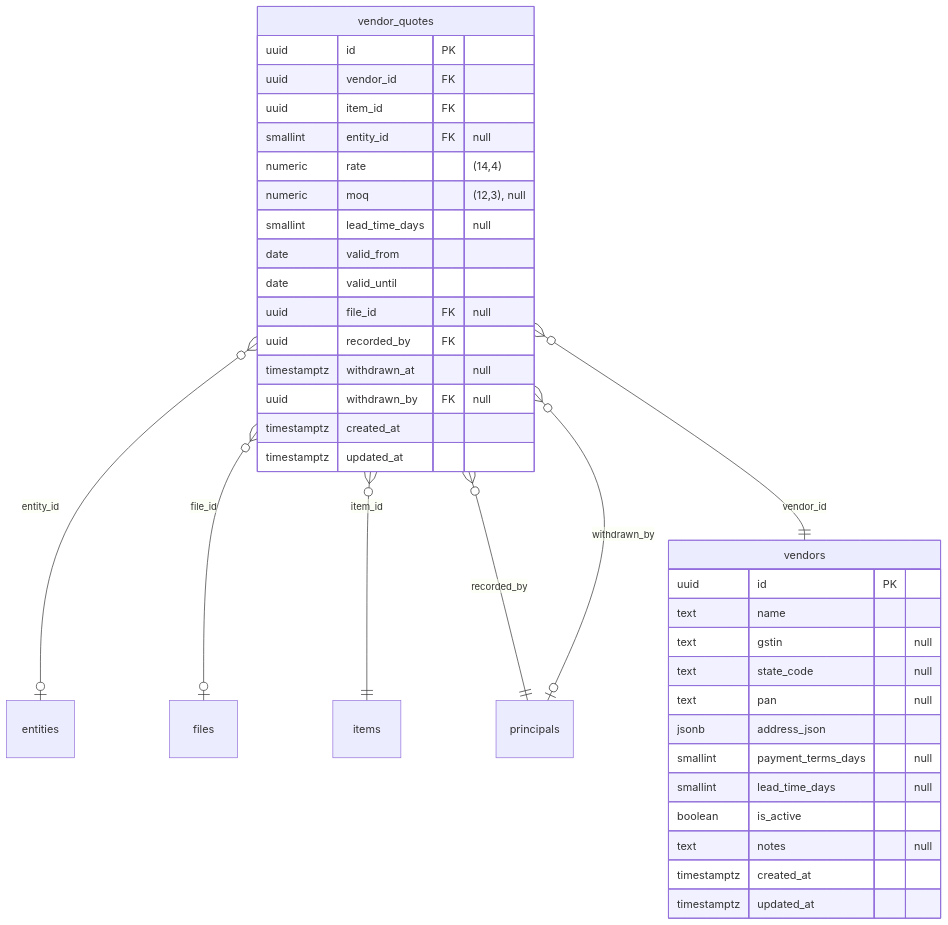
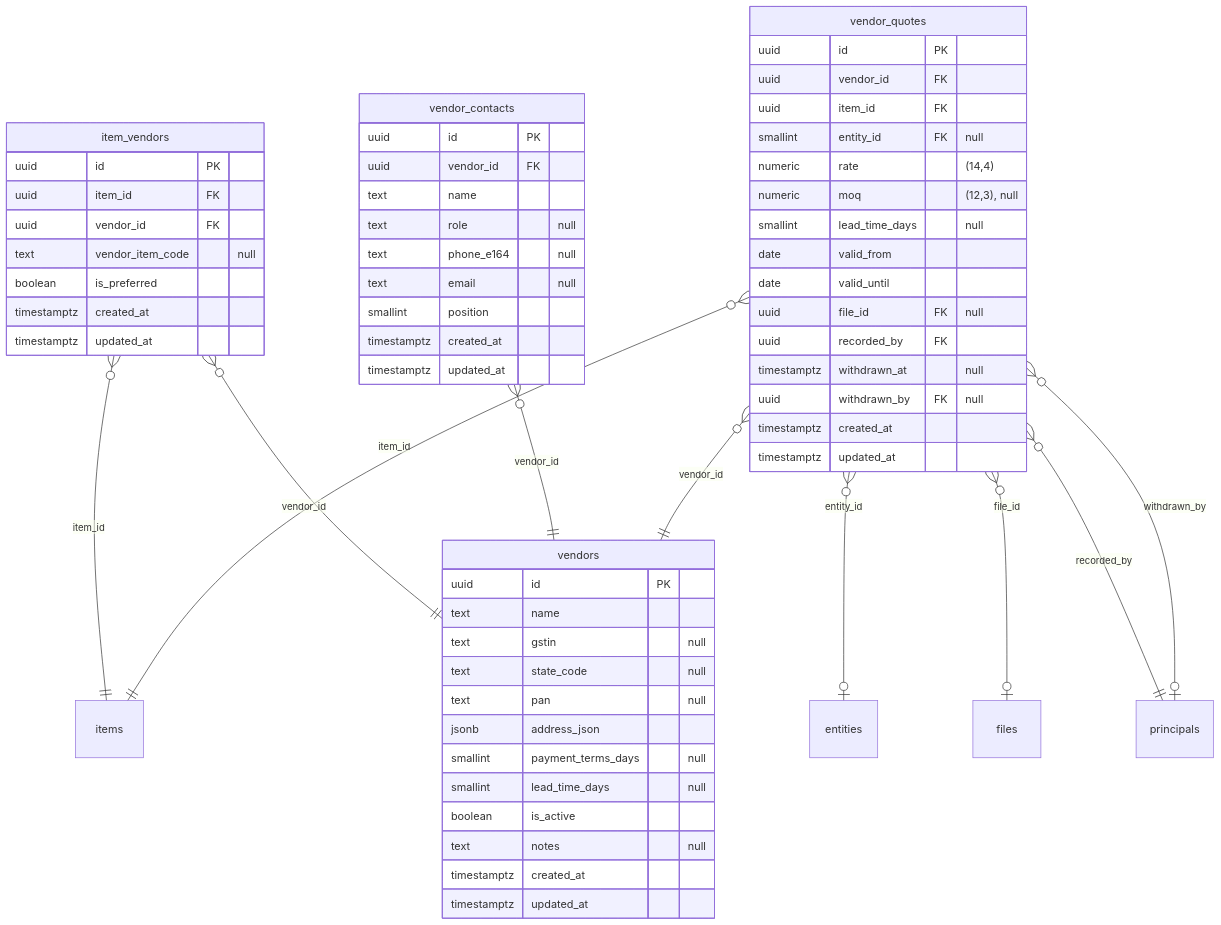
Before and after one commit to techaust/shakti_prime: the ninth of 16 diagrams in docs/data/erd.md, drawn with Mermaid. The commit also changed 5 other files, not shown here.

````diff
--- a/docs/data/erd.md
+++ b/docs/data/erd.md
@@ -1591,40 +1562,63 @@
 ```mermaid
 erDiagram
+  item_vendors {
+    uuid id PK
+    uuid item_id FK
+    uuid vendor_id FK
+    text vendor_item_code "null"
+    boolean is_preferred
+    timestamptz created_at
+    timestamptz updated_at
+  }
+  vendor_contacts {
+    uuid id PK
+    uuid vendor_id FK
+    text name
+    text role "null"
+    text phone_e164 "null"
+    text email "null"
+    smallint position
+    timestamptz created_at
+    timestamptz updated_at
+  }
   vendor_quotes {
     uuid id PK
     uuid vendor_id FK
     uuid item_id FK
     smallint entity_id FK "null"
     numeric rate "(14,4)"
     numeric moq "(12,3), null"
     smallint lead_time_days "null"
     date valid_from
     date valid_until
     uuid file_id FK "null"
     uuid recorded_by FK
     timestamptz withdrawn_at "null"
     uuid withdrawn_by FK "null"
     timestamptz created_at
     timestamptz updated_at
   }
   vendors {
     uuid id PK
     text name
     text gstin "null"
     text state_code "null"
     text pan "null"
     jsonb address_json
     smallint payment_terms_days "null"
     smallint lead_time_days "null"
     boolean is_active
     text notes "null"
     timestamptz created_at
     timestamptz updated_at
   }
+  item_vendors }o--|| items : "item_id"
+  item_vendors }o--|| vendors : "vendor_id"
+  vendor_contacts }o--|| vendors : "vendor_id"
   vendor_quotes }o--o| entities : "entity_id"
   vendor_quotes }o--o| files : "file_id"
   vendor_quotes }o--|| items : "item_id"
   vendor_quotes }o--|| principals : "recorded_by"
   vendor_quotes }o--|| vendors : "vendor_id"
   vendor_quotes }o--o| principals : "withdrawn_by"
 ```
````
